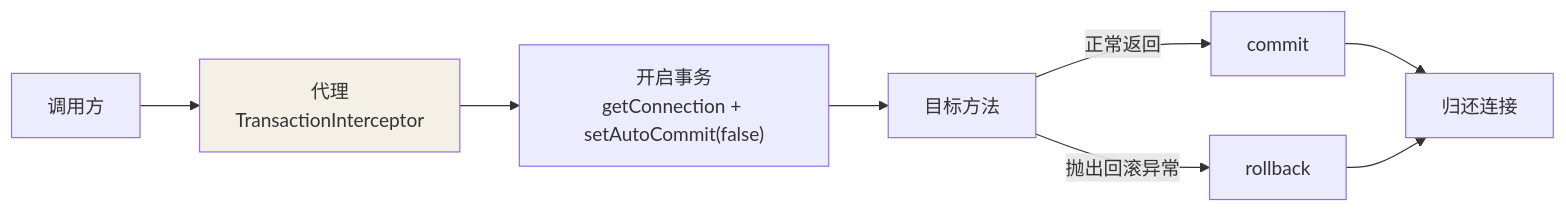
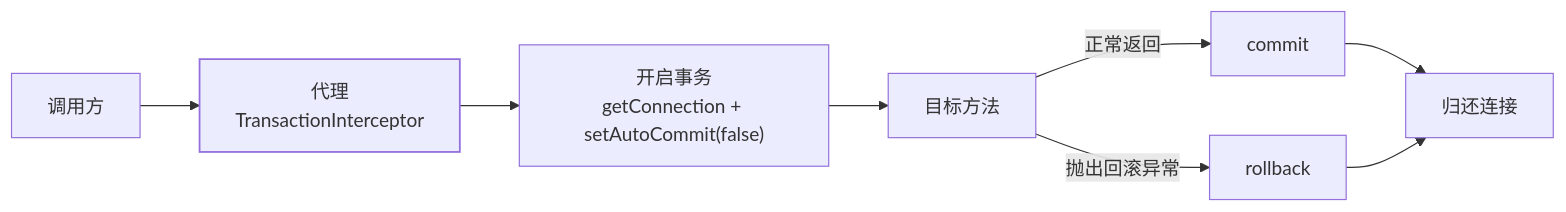
Before and after one commit to Loadhao/ascension: the first of 2 diagrams in src/content/docs/java/intermediate/spring/04-transaction.md, drawn with Mermaid. The commit also changed 87 other files, not shown here.

First line of the commit message:
fix: 全站图表配色改由主题接管，修复暗色主题下浅底浅字看不清

````diff
--- a/src/content/docs/java/intermediate/spring/04-transaction.md
+++ b/src/content/docs/java/intermediate/spring/04-transaction.md
@@ -14,12 +14,13 @@
 ```mermaid
 flowchart LR
     A["调用方"] --> P["代理<br/>TransactionInterceptor"]
     P --> B["开启事务<br/>getConnection + setAutoCommit(false)"]
     B --> C["目标方法"]
     C -->|正常返回| D["commit"]
     C -->|抛出回滚异常| E["rollback"]
     D --> F["归还连接"]
     E --> F
 
-    style P fill:#f5f0e6
+    class P hl
+    classDef hl stroke-width:1.5px
 ```
````
